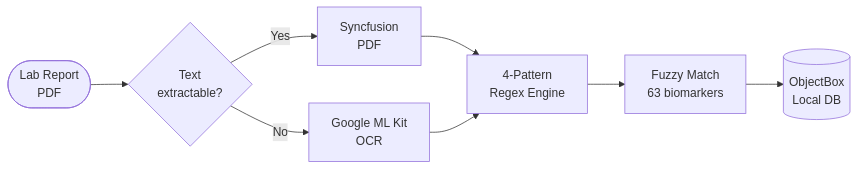
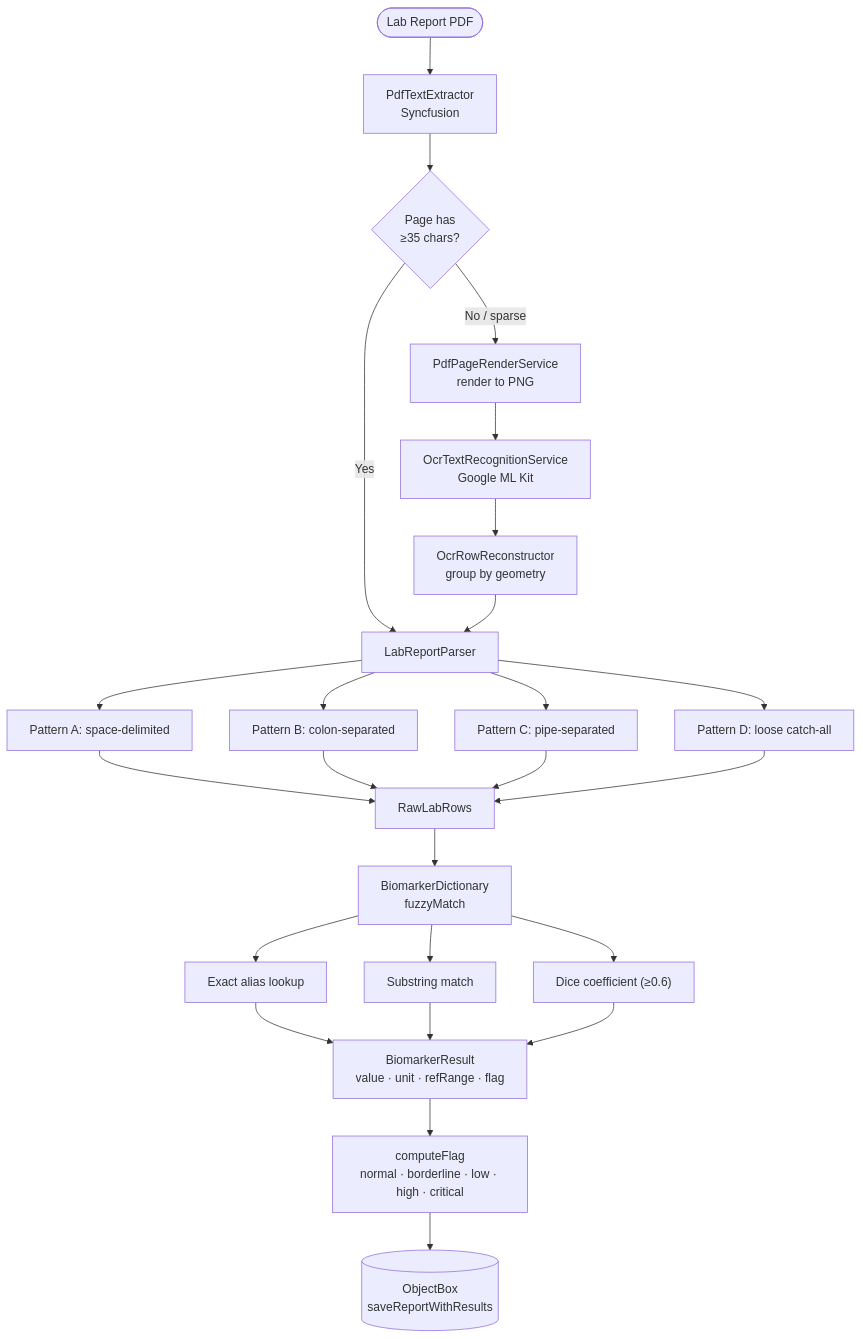
The second of 4 diagrams in README.md (priyavratuniyal/koshika), drawn with Mermaid before and after one commit. The commit also changed other lines of this file, not shown here.

First line of the commit message:
docs(readme): add detailed service names and decision points to Mermaid diagrams

````diff
--- a/README.md
+++ b/README.md
@@ -64,10 +64,25 @@
 ```mermaid
-flowchart LR
-    A([Lab Report\nPDF]) --> B{Text\nextractable?}
-    B -->|Yes| C[Syncfusion\nPDF]
-    B -->|No| D[Google ML Kit\nOCR]
-    C --> E[4-Pattern\nRegex Engine]
-    D --> E
-    E --> F[Fuzzy Match\n63 biomarkers]
-    F --> G[(ObjectBox\nLocal DB)]
+flowchart TD
+    A([Lab Report PDF]) --> B[PdfTextExtractor\nSyncfusion]
+    B --> C{Page has\n≥35 chars?}
+    C -->|Yes| F
+    C -->|No / sparse| D[PdfPageRenderService\nrender to PNG]
+    D --> E[OcrTextRecognitionService\nGoogle ML Kit]
+    E --> E2[OcrRowReconstructor\ngroup by geometry]
+    E2 --> F
+
+    F[LabReportParser] --> F1[Pattern A: space-delimited]
+    F --> F2[Pattern B: colon-separated]
+    F --> F3[Pattern C: pipe-separated]
+    F --> F4[Pattern D: loose catch-all]
+
+    F1 & F2 & F3 & F4 --> G[RawLabRows]
+    G --> H[BiomarkerDictionary\nfuzzyMatch]
+    H --> H1[Exact alias lookup]
+    H --> H2[Substring match]
+    H --> H3["Dice coefficient (≥0.6)"]
+
+    H1 & H2 & H3 --> I[BiomarkerResult\nvalue · unit · refRange · flag]
+    I --> J[computeFlag\nnormal · borderline · low · high · critical]
+    J --> K[(ObjectBox\nsaveReportWithResults)]
 ```
````
